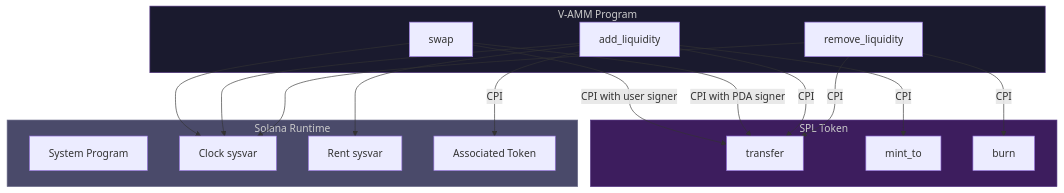
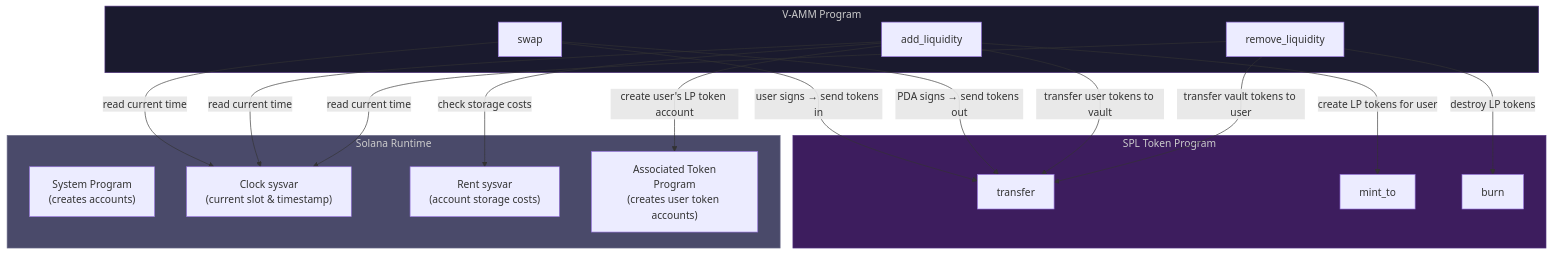
Before and after one commit to srivtx/vamm-capstone: the third of 6 diagrams in ARCHITECTURE.md, drawn with Mermaid. The commit also changed other lines of this file, not shown here.

Commit message:
rewrite architecture doc: explain every concept, beginner-friendly

````diff
--- a/ARCHITECTURE.md
+++ b/ARCHITECTURE.md
@@ -77,32 +105,35 @@
 ```mermaid
 graph TB
     subgraph VAMM["V-AMM Program"]
         SWAP["swap"]
         ADD["add_liquidity"]
         REMOVE["remove_liquidity"]
     end
 
-    subgraph SPL["SPL Token"]
+    subgraph SPL["SPL Token Program"]
         TFR["transfer"]
         MINT["mint_to"]
         BURN["burn"]
     end
 
     subgraph SYS["Solana Runtime"]
-        SP["System Program"]
-        CLOCK["Clock sysvar"]
-        RENT["Rent sysvar"]
-        ATAP["Associated Token"]
+        SP["System Program<br/>(creates accounts)"]
+        CLOCK["Clock sysvar<br/>(current slot & timestamp)"]
+        RENT["Rent sysvar<br/>(account storage costs)"]
+        ATAP["Associated Token<br/>Program<br/>(creates user token accounts)"]
     end
 
-    SWAP -->|"CPI with user signer"| TFR
-    SWAP -->|"CPI with PDA signer"| TFR
-    ADD -->|"CPI"| TFR & MINT & ATAP
-    REMOVE -->|"CPI"| BURN & TFR
-    SWAP & ADD & REMOVE --> CLOCK
-    ADD --> RENT
+    SWAP -->|"user signs → send tokens in"| TFR
+    SWAP -->|"PDA signs → send tokens out"| TFR
+    ADD -->|"transfer user tokens to vault"| TFR
+    ADD -->|"create LP tokens for user"| MINT
+    ADD -->|"create user's LP token account"| ATAP
+    REMOVE -->|"destroy LP tokens"| BURN
+    REMOVE -->|"transfer vault tokens to user"| TFR
+    SWAP & ADD & REMOVE -->|"read current time"| CLOCK
+    ADD -->|"check storage costs"| RENT
 
     style VAMM fill:#1a1a2e,stroke:#533483,color:#ccc
     style SPL fill:#3d1d5e,stroke:#533483,color:#ccc
     style SYS fill:#4a4a6a,stroke:#6c6c8a,color:#ccc
 ```
````
